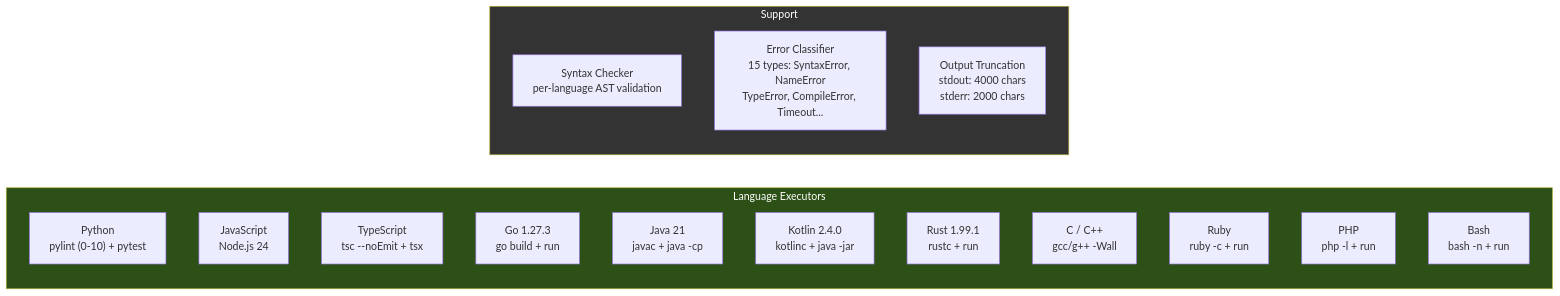
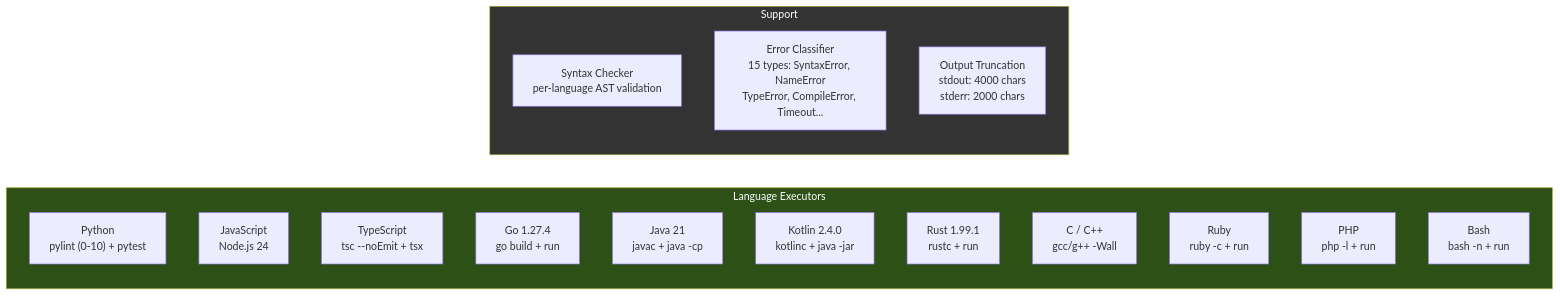
Before and after one commit to inferstep/ATLAS: the seventh of 11 diagrams in docs/lang/ja/ARCHITECTURE.md, drawn with Mermaid. The commit also changed 6 other files, not shown here.

````diff
--- a/docs/lang/ja/ARCHITECTURE.md
+++ b/docs/lang/ja/ARCHITECTURE.md
@@ -747,25 +747,25 @@
 ```mermaid
 graph LR
     subgraph executors["Language Executors"]
         Py["Python\npylint (0-10) + pytest"]
         JS["JavaScript\nNode.js 24"]
         TS["TypeScript\ntsc --noEmit + tsx"]
-        Go["Go 1.27.3\ngo build + run"]
+        Go["Go 1.27.4\ngo build + run"]
         Java["Java 21\njavac + java -cp"]
         Kotlin["Kotlin 2.4.0\nkotlinc + java -jar"]
         Rust["Rust 1.99.1\nrustc + run"]
         C["C / C++\ngcc/g++ -Wall"]
         Ruby["Ruby\nruby -c + run"]
         PHP["PHP\nphp -l + run"]
         Bash["Bash\nbash -n + run"]
     end
 
     subgraph support["Support"]
         Syn["Syntax Checker\nper-language AST validation"]
         Err["Error Classifier\n15 types: SyntaxError, NameError\nTypeError, CompileError, Timeout..."]
         Trunc["Output Truncation\nstdout: 4000 chars\nstderr: 2000 chars"]
     end
 
     style executors fill:#2d5016,color:#fff
     style support fill:#333,color:#fff
 ```
````
